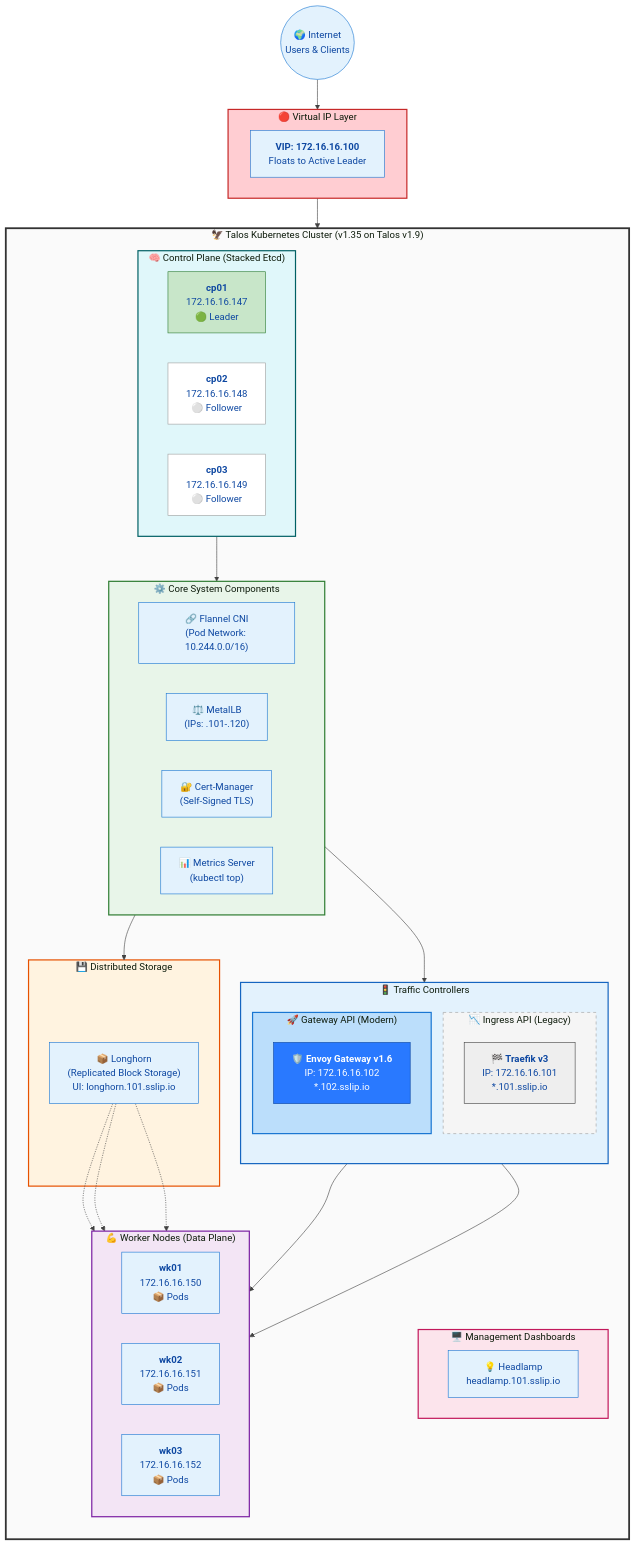
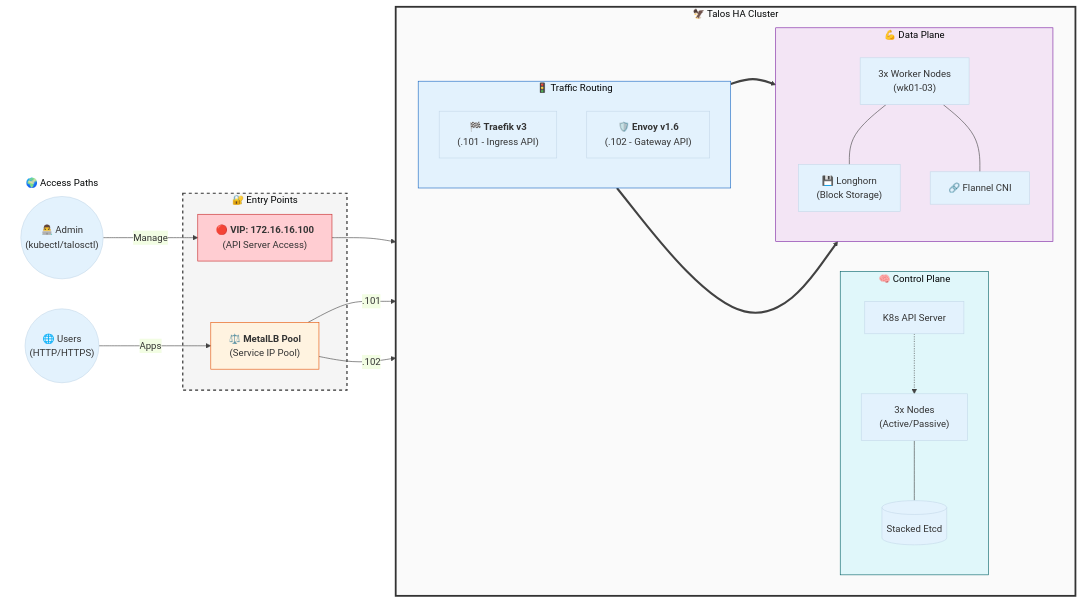
One commit to engabelal/kubernetes-ha-talos changed the diagram in readme.md. Above: the diagram before and after it, drawn with Mermaid. The commit also changed other lines of this file and 2 other files, not shown here.

Commit message:
docs: finalize professional documentation polish across all modules

````diff
--- a/readme.md
+++ b/readme.md
@@ -86,114 +10,66 @@
 ```mermaid
-%%{init: {'theme': 'base', 'themeVariables': { 'primaryColor': '#e3f2fd', 'primaryTextColor': '#0d47a1', 'primaryBorderColor': '#1976d2', 'lineColor': '#424242', 'secondaryColor': '#fff3e0', 'tertiaryColor': '#f3e5f5'}}}%%
+%%{init: {'theme': 'base', 'themeVariables': { 'primaryColor': '#e3f2fd', 'lineColor': '#424242', 'fontFamily': 'Inter, sans-serif'}}}%%
 
-graph TB
-    %% ═══════════════════════════════════════════════════════════════════════
-    %% EXTERNAL LAYER
-    %% ═══════════════════════════════════════════════════════════════════════
-    user(("🌍 Internet<br/>Users & Clients"))
-
-    subgraph VIP_LAYER ["🔴 Virtual IP Layer"]
-        vip["<b>VIP: 172.16.16.100</b><br/>Floats to Active Leader"]
+graph LR
+    %% 📡 External Access Points
+    subgraph Access ["🌍 Access Paths"]
+        admin(("👨‍💻 Admin<br/>(kubectl/talosctl)"))
+        users(("🌐 Users<br/>(HTTP/HTTPS)"))
     end
 
-    %% ═══════════════════════════════════════════════════════════════════════
-    %% CONTROL PLANE
-    %% ═══════════════════════════════════════════════════════════════════════
-    subgraph CLUSTER ["🦅 Talos Kubernetes Cluster (v1.35 on Talos v1.9)"]
-        direction TB
+    %% 🔐 Entry Points (Network Layer)
+    subgraph Entry ["🔐 Entry Points"]
+        vip["🔴 <b>VIP: 172.16.16.100</b><br/>(API Server Access)"]
+        lb_pool["⚖️ <b>MetalLB Pool</b><br/>(Service IP Pool)"]
+    end
 
-        subgraph CP ["🧠 Control Plane (Stacked Etcd)"]
-            direction LR
-            cp1["<b>cp01</b><br/>172.16.16.147<br/>🟢 Leader"]
-            cp2["<b>cp02</b><br/>172.16.16.148<br/>⚪ Follower"]
-            cp3["<b>cp03</b><br/>172.16.16.149<br/>⚪ Follower"]
+    %% 🧠 Control Plane & Core stack
+    subgraph CLUSTER ["🦅 Talos HA Cluster"]
+        direction LR
+
+        subgraph CP ["🧠 Control Plane"]
+            direction TB
+            cp_nodes["3x Nodes<br/>(Active/Passive)"]
+            api["K8s API Server"]
+            etcd[("Stacked Etcd")]
         end
 
-        %% ═══════════════════════════════════════════════════════════════════
-        %% SYSTEM COMPONENTS
-        %% ═══════════════════════════════════════════════════════════════════
-        subgraph SYSTEM ["⚙️ Core System Components"]
-            direction LR
-            flannel["🔗 Flannel CNI<br/>(Pod Network: 10.244.0.0/16)"]
-            metallb["⚖️ MetalLB<br/>(IPs: .101-.120)"]
-            certmgr["🔐 Cert-Manager<br/>(Self-Signed TLS)"]
-            metrics["📊 Metrics Server<br/>(kubectl top)"]
+        subgraph INGRESS ["🚦 Traffic Routing"]
+            direction TB
+            traefik["🏁 <b>Traefik v3</b><br/>(.101 - Ingress API)"]
+            envoy["🛡️ <b>Envoy v1.6</b><br/>(.102 - Gateway API)"]
         end
 
-        %% ═══════════════════════════════════════════════════════════════════
-        %% STORAGE
-        %% ═══════════════════════════════════════════════════════════════════
-        subgraph STORAGE ["💾 Distributed Storage"]
-            longhorn["📦 Longhorn<br/>(Replicated Block Storage)<br/>UI: longhorn.101.sslip.io"]
-        end
-
-        %% ═══════════════════════════════════════════════════════════════════
-        %% TRAFFIC CONTROLLERS
-        %% ═══════════════════════════════════════════════════════════════════
-        subgraph INGRESS ["🚦 Traffic Controllers"]
+        subgraph DATA ["💪 Data Plane"]
             direction TB
-
-            subgraph INGRESS_API ["📉 Ingress API (Legacy)"]
-                traefik["🏁 <b>Traefik v3</b><br/>IP: 172.16.16.101<br/>*.101.sslip.io"]
-            end
-
-            subgraph GATEWAY_API ["🚀 Gateway API (Modern)"]
-                envoy["🛡️ <b>Envoy Gateway v1.6</b><br/>IP: 172.16.16.102<br/>*.102.sslip.io"]
-            end
-        end
-
-        %% ═══════════════════════════════════════════════════════════════════
-        %% DASHBOARDS
-        %% ═══════════════════════════════════════════════════════════════════
-        subgraph DASHBOARDS ["🖥️ Management Dashboards"]
-            headlamp["💡 Headlamp<br/>headlamp.101.sslip.io"]
-        end
-
-        %% ═══════════════════════════════════════════════════════════════════
-        %% WORKER NODES
-        %% ═══════════════════════════════════════════════════════════════════
-        subgraph WORKERS ["💪 Worker Nodes (Data Plane)"]
-            direction LR
-            wk1["<b>wk01</b><br/>172.16.16.150<br/>📦 Pods"]
-            wk2["<b>wk02</b><br/>172.16.16.151<br/>📦 Pods"]
-            wk3["<b>wk03</b><br/>172.16.16.152<br/>📦 Pods"]
+            wk_nodes["3x Worker Nodes<br/>(wk01-03)"]
+            storage["💾 Longhorn<br/>(Block Storage)"]
+            cni["🔗 Flannel CNI"]
         end
     end
 
-    %% ═══════════════════════════════════════════════════════════════════════
-    %% CONNECTIONS
-    %% ═══════════════════════════════════════════════════════════════════════
-    user --> VIP_LAYER
-    VIP_LAYER --> CP
+    %% 🔗 Connections (The Logic)
+    admin -- "Manage" --> vip
+    vip --> api
+    api -.-> cp_nodes
+    cp_nodes --- etcd
 
-    CP --> SYSTEM
-    SYSTEM --> STORAGE
-    SYSTEM --> INGRESS
+    users -- "Apps" --> lb_pool
+    lb_pool -- ".101" --> traefik
+    lb_pool -- ".102" --> envoy
 
-    traefik --> WORKERS
-    envoy --> WORKERS
+    traefik ==> wk_nodes
+    envoy ==> wk_nodes
+    wk_nodes --- storage
+    wk_nodes --- cni
 
-    longhorn -.-> wk1
-    longhorn -.-> wk2
-    longhorn -.-> wk3
-
-    %% ═══════════════════════════════════════════════════════════════════════
-    %% STYLING
-    %% ═══════════════════════════════════════════════════════════════════════
+    %% 🎨 Styling
+    style Access fill:none,stroke:none
+    style Entry fill:#f5f5f5,stroke:#333,stroke-width:2px,stroke-dasharray: 5 5
     style CLUSTER fill:#fafafa,stroke:#333,stroke-width:3px
-    style CP fill:#e0f7fa,stroke:#006064,stroke-width:2px
-    style WORKERS fill:#f3e5f5,stroke:#7b1fa2,stroke-width:2px
-    style SYSTEM fill:#e8f5e9,stroke:#2e7d32,stroke-width:2px
-    style STORAGE fill:#fff3e0,stroke:#e65100,stroke-width:2px
-    style INGRESS fill:#e3f2fd,stroke:#1565c0,stroke-width:2px
-    style INGRESS_API fill:#f5f5f5,stroke:#9e9e9e,stroke-dasharray: 5 5
-    style GATEWAY_API fill:#bbdefb,stroke:#1976d2,stroke-width:2px
-    style DASHBOARDS fill:#fce4ec,stroke:#c2185b,stroke-width:2px
-    style VIP_LAYER fill:#ffcdd2,stroke:#c62828,stroke-width:2px
-
-    style cp1 fill:#c8e6c9,stroke:#2e7d32
-    style cp2 fill:#fff,stroke:#9e9e9e
-    style cp3 fill:#fff,stroke:#9e9e9e
-    style traefik fill:#eee,stroke:#424242
-    style envoy fill:#2979ff,stroke:#0d47a1,color:#fff
+    style CP fill:#e0f7fa,stroke:#006064
+    style INGRESS fill:#e3f2fd,stroke:#1565c0
+    style DATA fill:#f3e5f5,stroke:#7b1fa2
+    style vip fill:#ffcdd2,stroke:#c62828
+    style lb_pool fill:#fff3e0,stroke:#e65100
 ```
````
